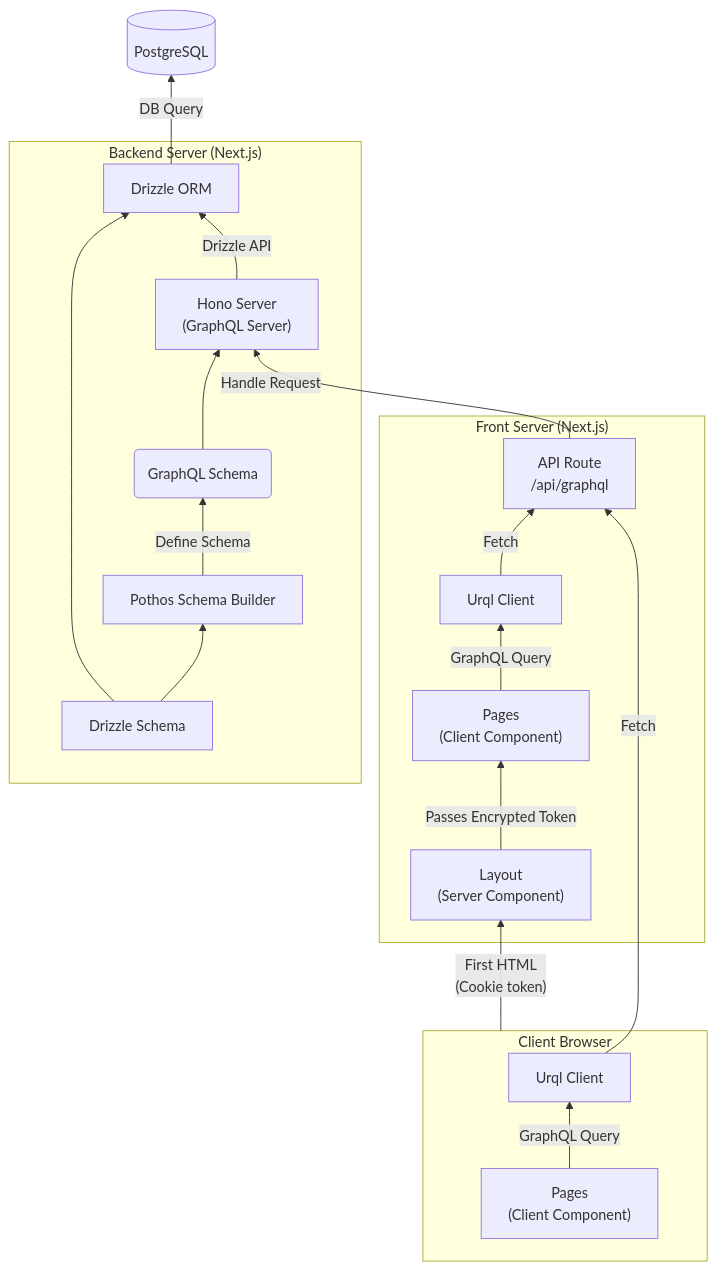
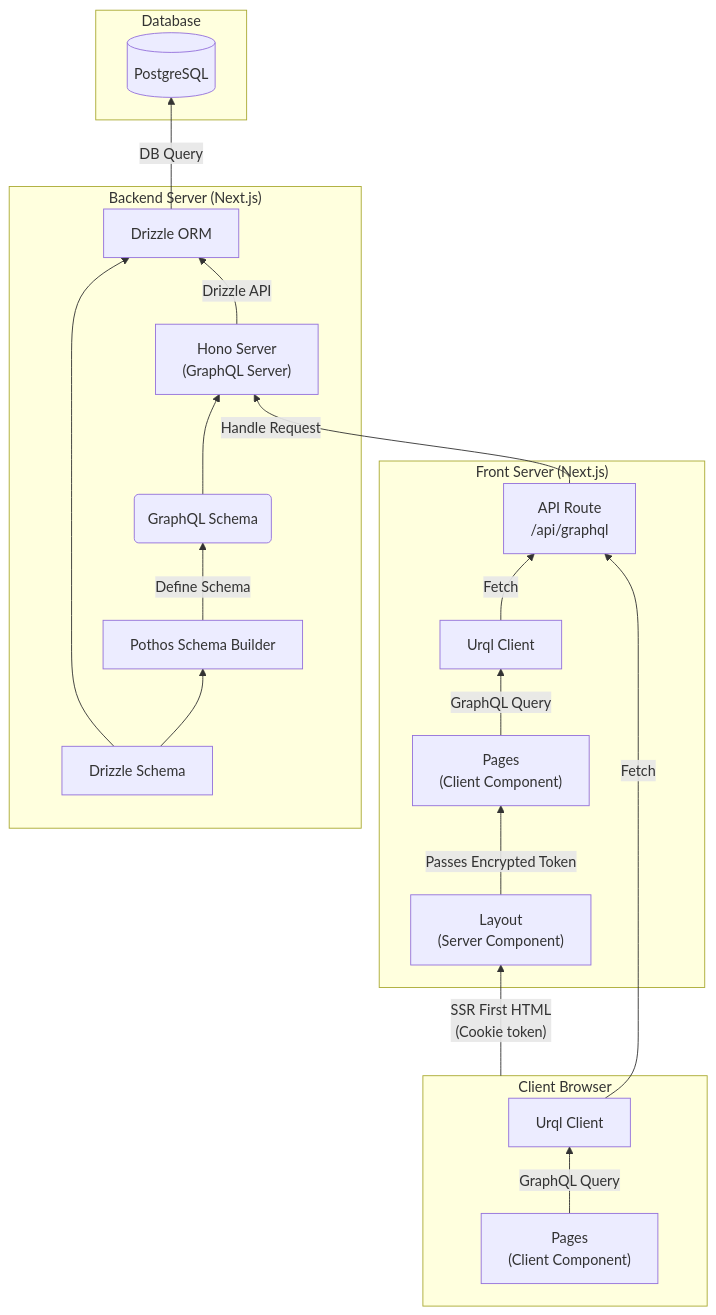
The second of 5 diagrams in README.md (SoraKumo001/next-drizzle), drawn with Mermaid before and after one commit. The commit also changed other lines of this file and 1 other file, not shown here.

Commit message:
Enhance architecture overview with Next.js, GraphQL, and SSR details.

````diff
--- a/README.md
+++ b/README.md
@@ -83,48 +85,51 @@
 ```mermaid
 graph BT
-    DB[("PostgreSQL")]
+
+    subgraph DATABASE ["Database"]
+      DB[("PostgreSQL")]
+    end
 
     subgraph ServerLogic ["Backend Server (Next.js)"]
         DrizzleSchema[Drizzle Schema]
         Drizzle[Drizzle ORM]
         Pothos[Pothos Schema Builder]
         GraphQL(GraphQL Schema)
         Hono["Hono Server
         (GraphQL Server)"]
     end
 
     subgraph NextJS ["Front Server (Next.js)"]
         Route["API Route
         /api/graphql"]
         Urql[Urql Client]
         Pages["Pages
         (Client Component)"]
         Layout["Layout
         (Server Component)"]
     end
 
     subgraph Client ["Client Browser"]
         ClientUrql[Urql Client]
         ClientPages["Pages
         (Client Component)"]
     end
 
     DrizzleSchema --> Drizzle
     DrizzleSchema --> Pothos
     Pothos -->|Define Schema| GraphQL
     GraphQL --> Hono
 
     Drizzle -->|DB Query| DB
     Hono -->|Drizzle API| Drizzle
     Route -->|Handle Request| Hono
 
     Urql -->|Fetch| Route
     Pages -->|GraphQL Query| Urql
     Layout -->|Passes Encrypted Token| Pages
 
     ClientUrql -->|Fetch| Route
     ClientPages -->|GraphQL Query| ClientUrql
 
-    Client --> |"First HTML
+    Client --> |"SSR First HTML
     (Cookie token)"|Layout
 ```
````
